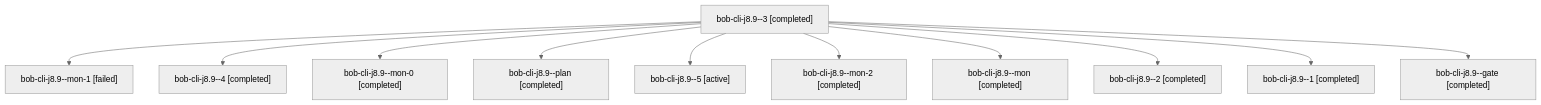
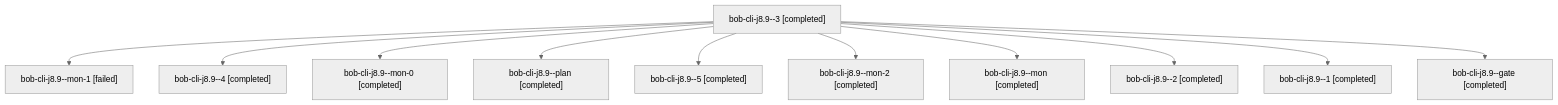
One commit to bobs-org/bob-cli--agents changed the diagram in sessions/bbugyi200.apollo.bob-cli-j8.9.md. Above: the diagram before and after it, drawn with Mermaid (neutral theme). The commit also changed other lines of this file and 82 other files, not shown here.

````diff
--- a/sessions/bbugyi200.apollo.bob-cli-j8.9.md
+++ b/sessions/bbugyi200.apollo.bob-cli-j8.9.md
@@ -9,24 +9,24 @@
 ```mermaid
 flowchart TD
   n0["bob-cli-j8.9--3 [completed]"]
   n1["bob-cli-j8.9--mon-1 [failed]"]
   n0 --> n1
   n2["bob-cli-j8.9--4 [completed]"]
   n0 --> n2
   n3["bob-cli-j8.9--mon-0 [completed]"]
   n0 --> n3
   n4["bob-cli-j8.9--plan [completed]"]
   n0 --> n4
-  n5["bob-cli-j8.9--5 [active]"]
+  n5["bob-cli-j8.9--5 [completed]"]
   n0 --> n5
   n6["bob-cli-j8.9--mon-2 [completed]"]
   n0 --> n6
   n7["bob-cli-j8.9--mon [completed]"]
   n0 --> n7
   n8["bob-cli-j8.9--2 [completed]"]
   n0 --> n8
   n9["bob-cli-j8.9--1 [completed]"]
   n0 --> n9
   n10["bob-cli-j8.9--gate [completed]"]
   n0 --> n10
 ```
````
